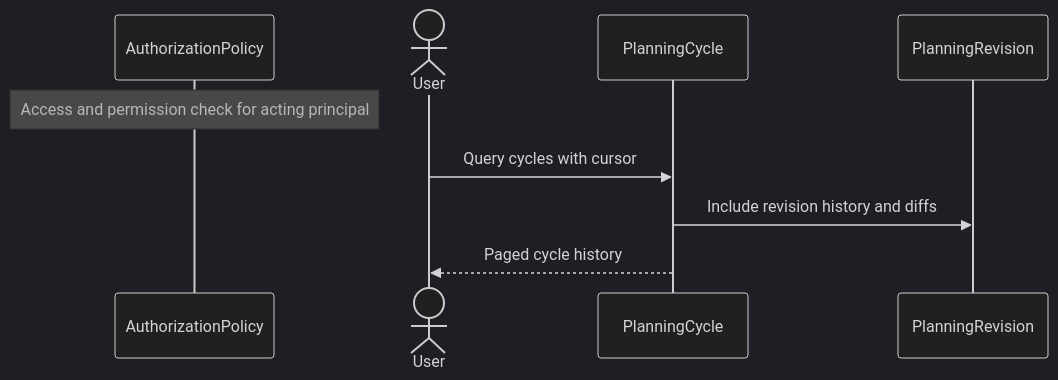
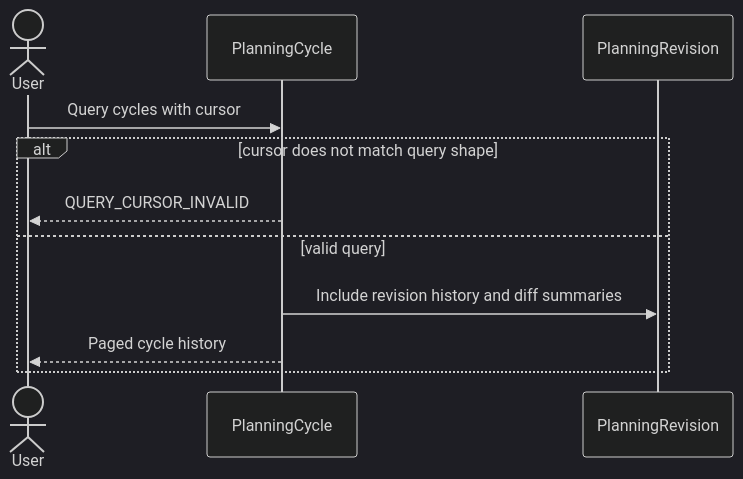
One commit to ChidiRnweke/margin changed diagram 11 of 11 in architecture/sequence-diagrams/04-availability-planning.md. Above: the diagram before and after it, drawn with Mermaid (dark theme). The commit also changed other lines of this file and 12 other files, not shown here.

Commit message:
Enhance sequence diagrams and introduce traceability matrix

````diff
--- a/architecture/sequence-diagrams/04-availability-planning.md
+++ b/architecture/sequence-diagrams/04-availability-planning.md
@@ -183,11 +247,13 @@
 ```mermaid
 sequenceDiagram
-    participant G as AuthorizationPolicy
-    Note over G: Access and permission check for acting principal
     actor U as User
     participant C as PlanningCycle
     participant R as PlanningRevision
     U->>C: Query cycles with cursor
-    C->>R: Include revision history and diffs
-    C-->>U: Paged cycle history
+    alt cursor does not match query shape
+        C-->>U: QUERY_CURSOR_INVALID
+    else valid query
+        C->>R: Include revision history and diff summaries
+        C-->>U: Paged cycle history
+    end
 ```
````
